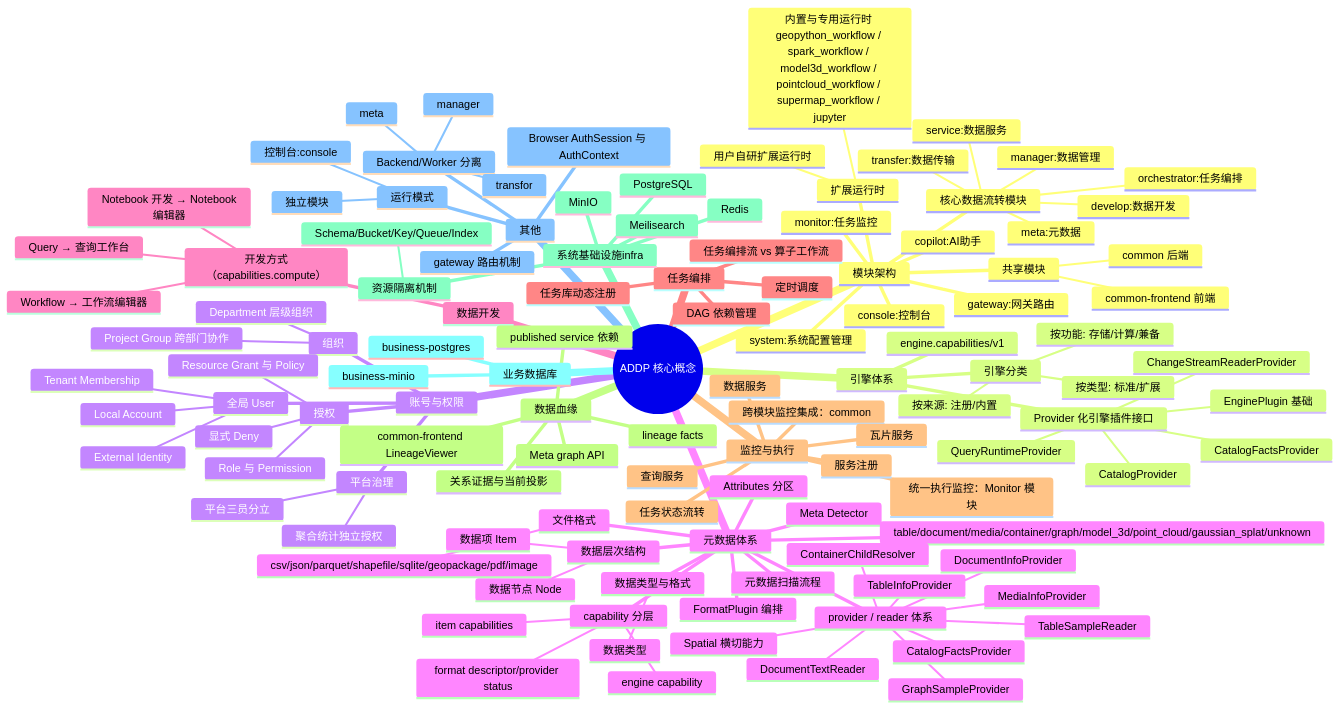
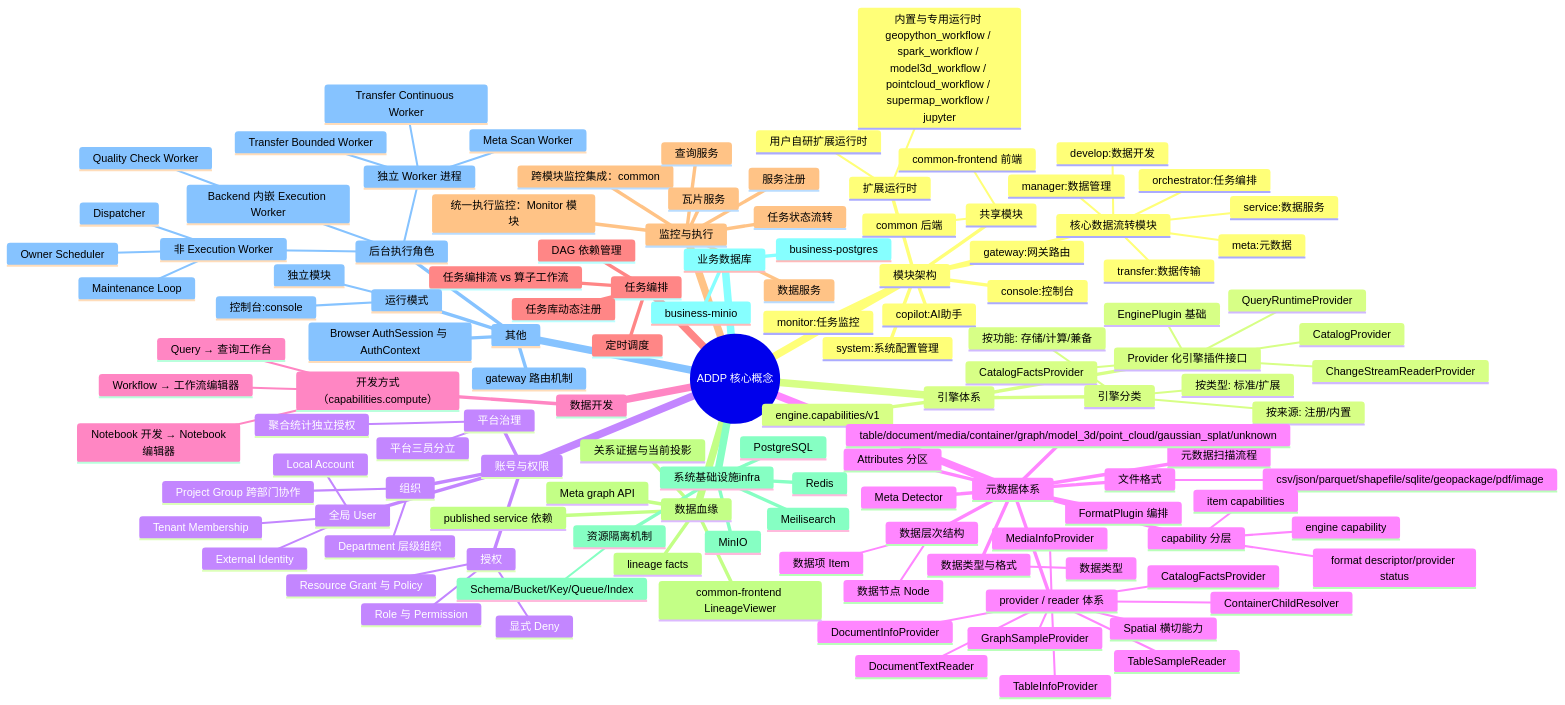
One commit to pampa0629/addp changed the first of 2 diagrams in docs/concepts/addp核心概念关系图.md. Above: the diagram before and after it, drawn with Mermaid. The commit also changed 250 other files, not shown here.

````diff
--- a/docs/concepts/addp核心概念关系图.md
+++ b/docs/concepts/addp核心概念关系图.md
@@ -132,8 +132,15 @@
       运行模式
         控制台:console
         独立模块
-      Backend/Worker 分离
-        transfor
-        meta
-        manager
+      后台执行角色
+        独立 Worker 进程
+          Transfer Bounded Worker
+          Transfer Continuous Worker
+          Meta Scan Worker
+        Backend 内嵌 Execution Worker
+          Quality Check Worker
+        非 Execution Worker
+          Owner Scheduler
+          Dispatcher
+          Maintenance Loop
 ```
````
